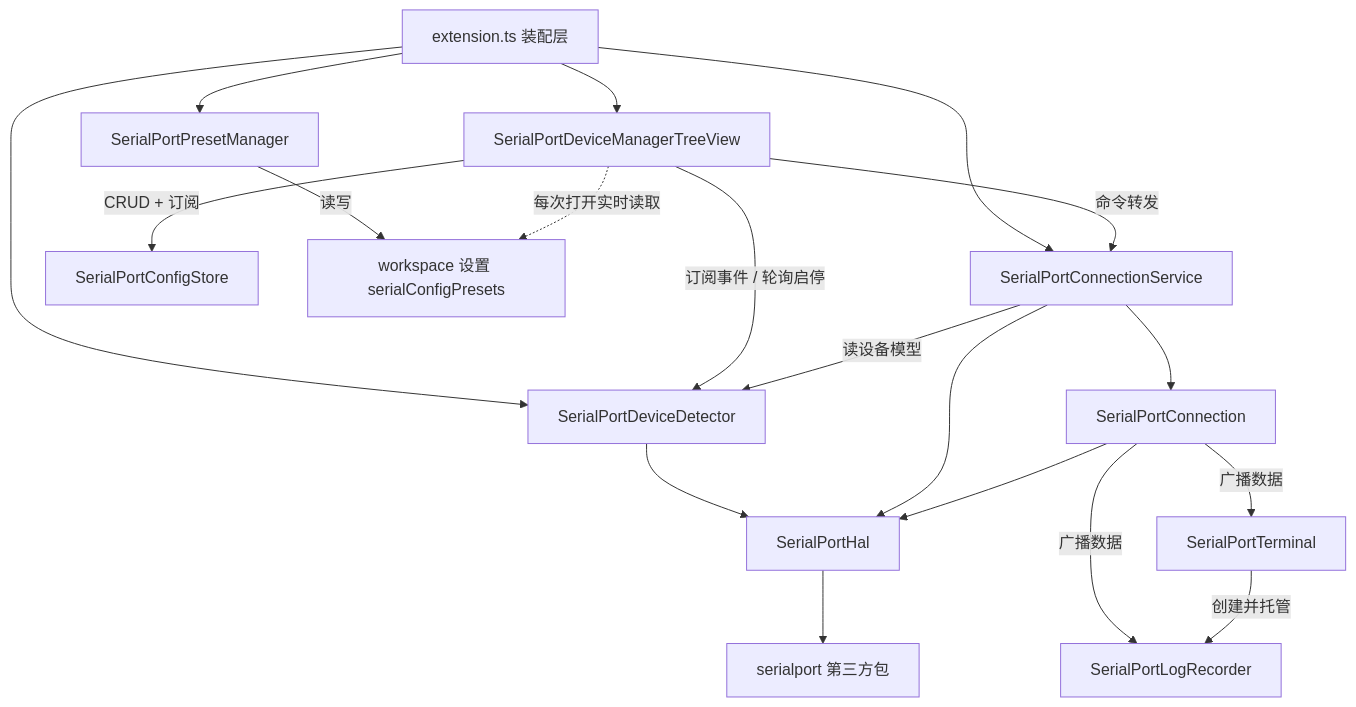
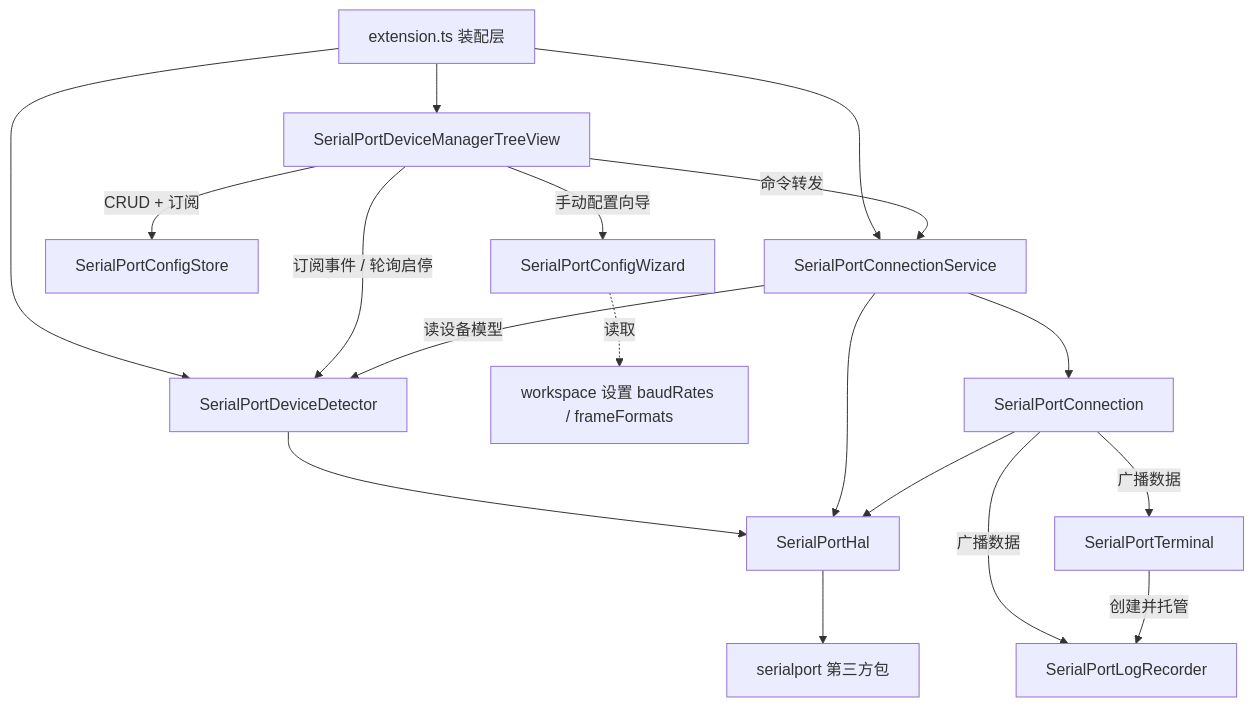
Before and after one commit to ziqiang-zhu/vscode-serial-port-terminal: the first of 5 diagrams in doc/总体架构.md, drawn with Mermaid. The commit also changed other lines of this file and 16 other files, not shown here.

First line of the commit message:
feat: global quick configs with reference counting and settings-driven manual config

````diff
--- a/doc/总体架构.md
+++ b/doc/总体架构.md
@@ -12,21 +12,20 @@
 ```mermaid
 graph TD
     UI[extension.ts 装配层] --> View[SerialPortDeviceManagerTreeView]
-    UI --> PresetManager[SerialPortPresetManager]
     UI --> Detector[SerialPortDeviceDetector]
     UI --> ConnectionService[SerialPortConnectionService]
     View -->|命令转发| ConnectionService
     View -->|订阅事件 / 轮询启停| Detector
     View -->|CRUD + 订阅| ConfigStore[SerialPortConfigStore]
-    PresetManager -->|读写| Settings[workspace 设置 serialConfigPresets]
-    View -.->|每次打开实时读取| Settings
+    View -->|手动配置向导| Wizard[SerialPortConfigWizard]
+    Wizard -.->|读取| Settings[workspace 设置 baudRates / frameFormats]
     ConnectionService -->|读设备模型| Detector
     ConnectionService --> Connection[SerialPortConnection]
     Detector --> HAL[SerialPortHal]
     ConnectionService --> HAL
     Connection --> HAL
     Connection -->|广播数据| Terminal[SerialPortTerminal]
     Connection -->|广播数据| LogRecorder[SerialPortLogRecorder]
     Terminal -->|创建并托管| LogRecorder
     HAL --> SP[serialport 第三方包]
 ```
````
